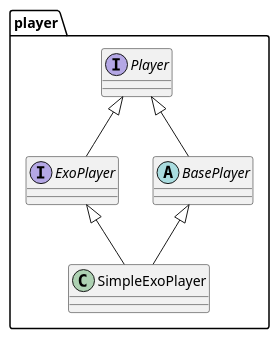
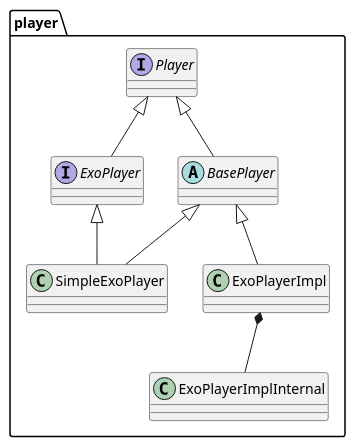
One commit to tdounnyy/exoplayer_note changed the diagram in uml/player.puml. Above: the diagram before and after it, drawn with PlantUML. The commit also changed 2 other files, not shown here.

```diff
--- a/uml/player.puml
+++ b/uml/player.puml
@@ -2,16 +2,20 @@
 @startuml
 'A media player interface defining traditional high-level functionality, such as the ability to play, pause, seek and query properties of the currently playing media.
 package player {
 
 interface Player
 interface ExoPlayer
 abstract class BasePlayer
 class SimpleExoPlayer
+class ExoPlayerImpl
+class ExoPlayerImplInternal
 
 Player <|-- ExoPlayer
 Player <|-- BasePlayer
 BasePlayer <|-- SimpleExoPlayer
 ExoPlayer <|-- SimpleExoPlayer
+BasePlayer <|-- ExoPlayerImpl
+ExoPlayerImpl *-- ExoPlayerImplInternal
 
 }
 @enduml
```
